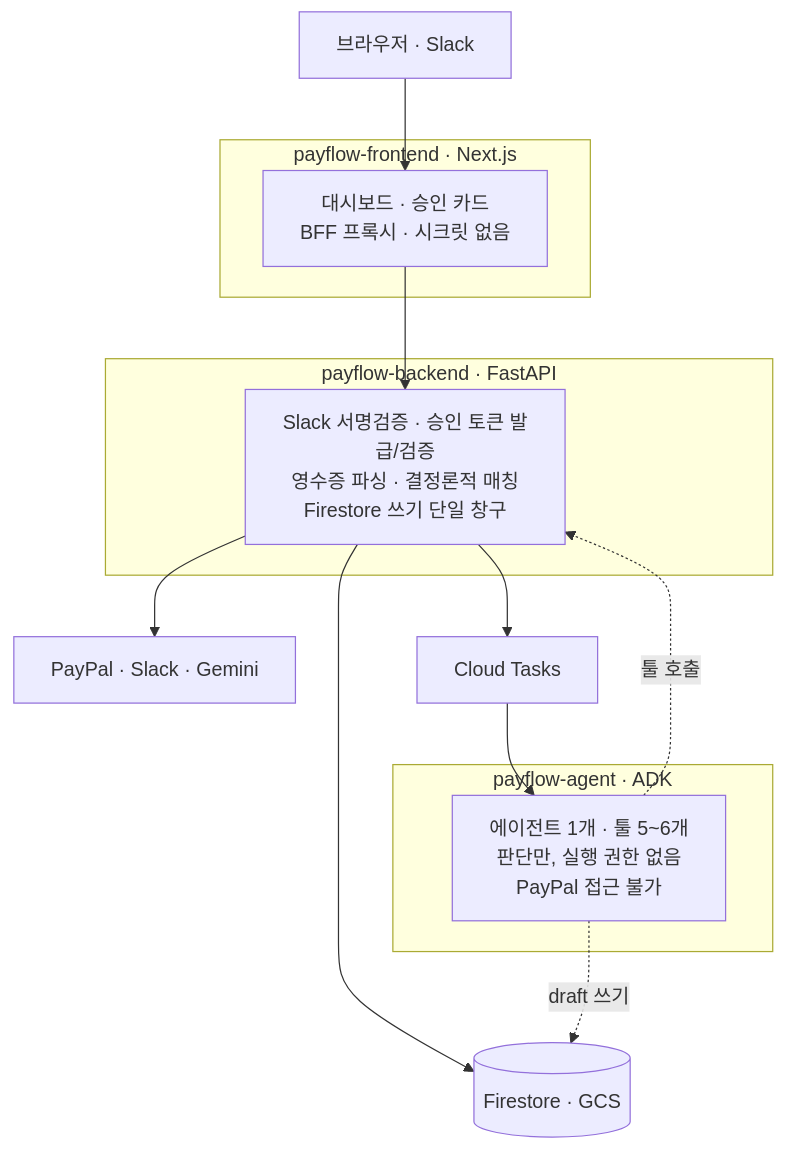
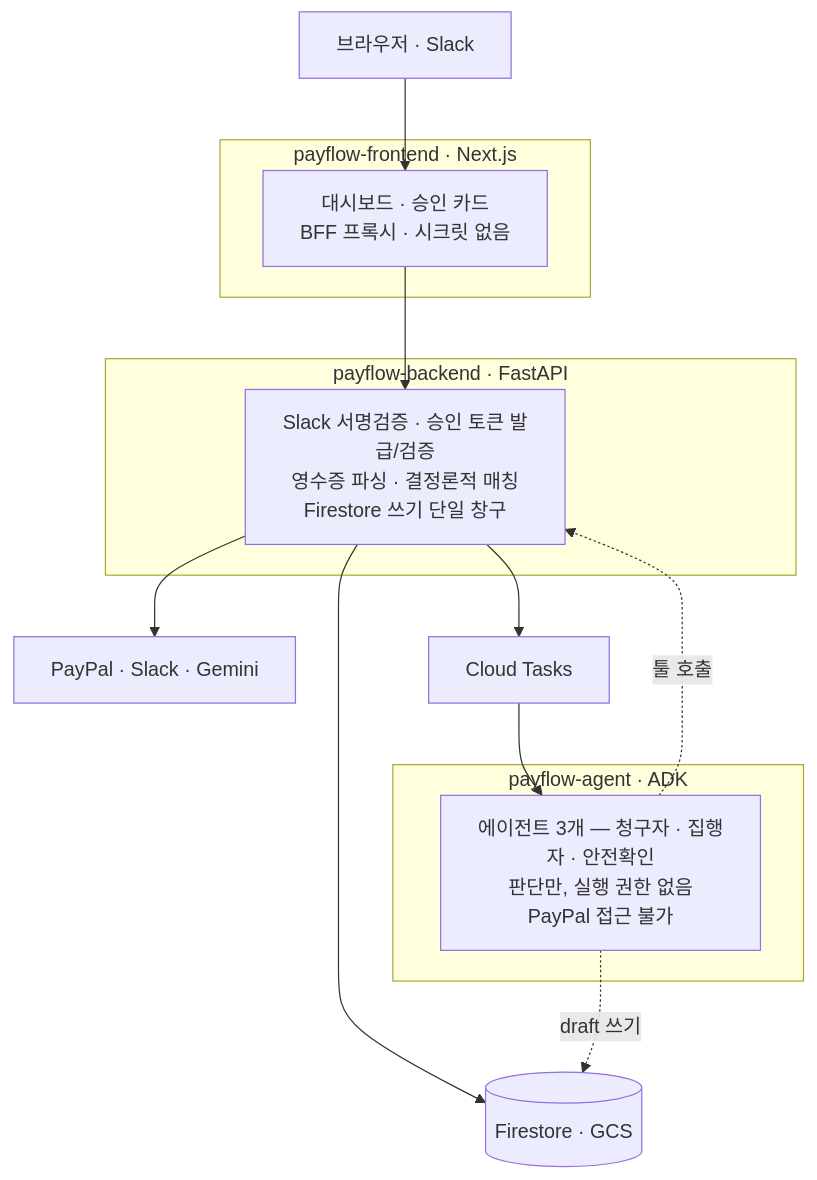
One commit to park-song-jungyujin/payflow-docs changed the first of 2 diagrams in README.md. Above: the diagram before and after it, drawn with Mermaid. The commit also changed other lines of this file and 6 other files, not shown here.

````diff
--- a/README.md
+++ b/README.md
@@ -28,27 +28,27 @@
 ```mermaid
 flowchart TB
     U["브라우저 · Slack"]
 
     subgraph WEB["payflow-frontend · Next.js"]
         W["대시보드 · 승인 카드<br/>BFF 프록시 · 시크릿 없음"]
     end
 
     subgraph API["payflow-backend · FastAPI"]
         A["Slack 서명검증 · 승인 토큰 발급/검증<br/>영수증 파싱 · 결정론적 매칭<br/>Firestore 쓰기 단일 창구"]
     end
 
     subgraph AG["payflow-agent · ADK"]
-        G["에이전트 1개 · 툴 5~6개<br/>판단만, 실행 권한 없음<br/>PayPal 접근 불가"]
+        G["에이전트 3개 — 청구자 · 집행자 · 안전확인<br/>판단만, 실행 권한 없음<br/>PayPal 접근 불가"]
     end
 
     EXT["PayPal · Slack · Gemini"]
     FS[("Firestore · GCS")]
     CT["Cloud Tasks"]
 
     U --> W --> A
     A --> EXT
     A --> FS
     A --> CT --> G
     G -.->|툴 호출| A
     G -.->|draft 쓰기| FS
 ```
````
